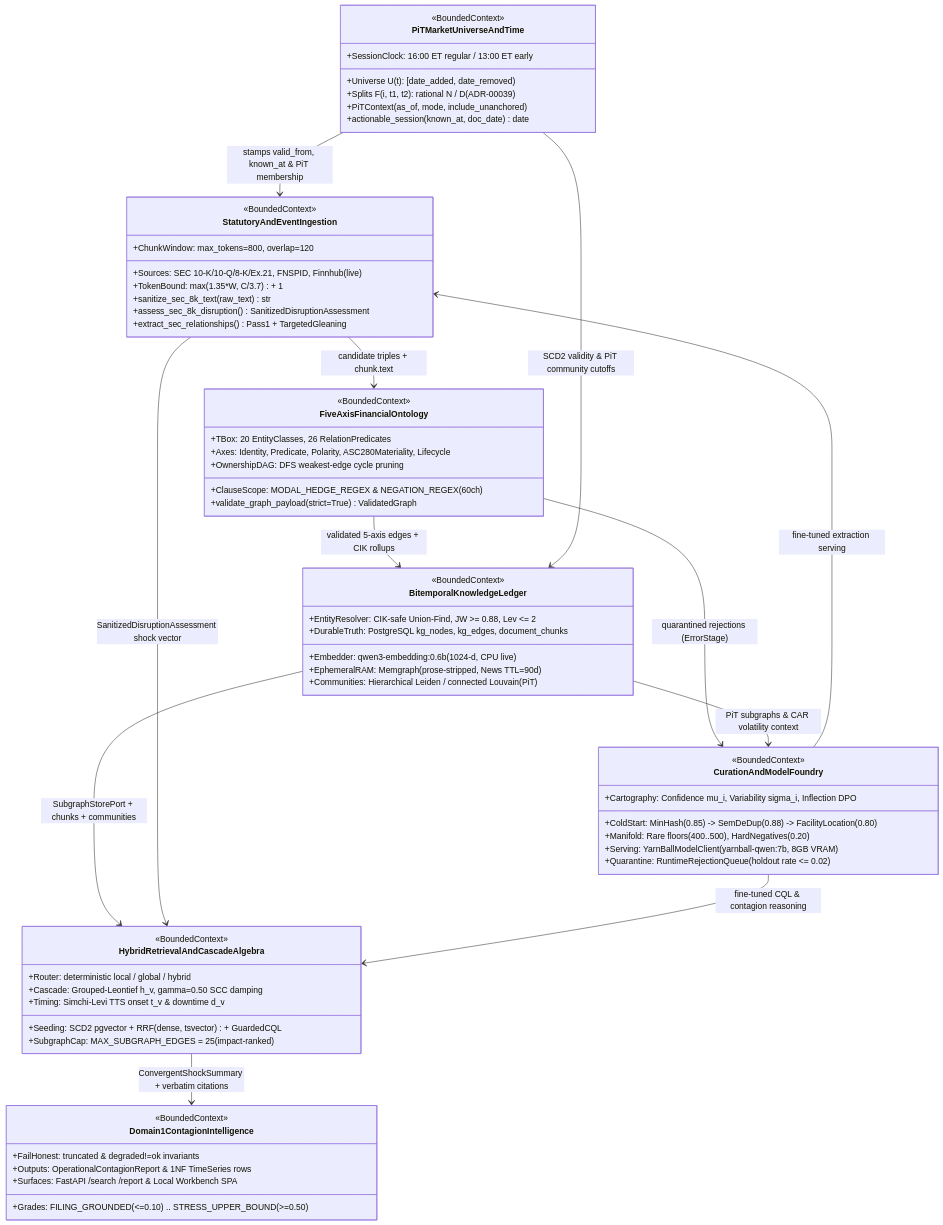
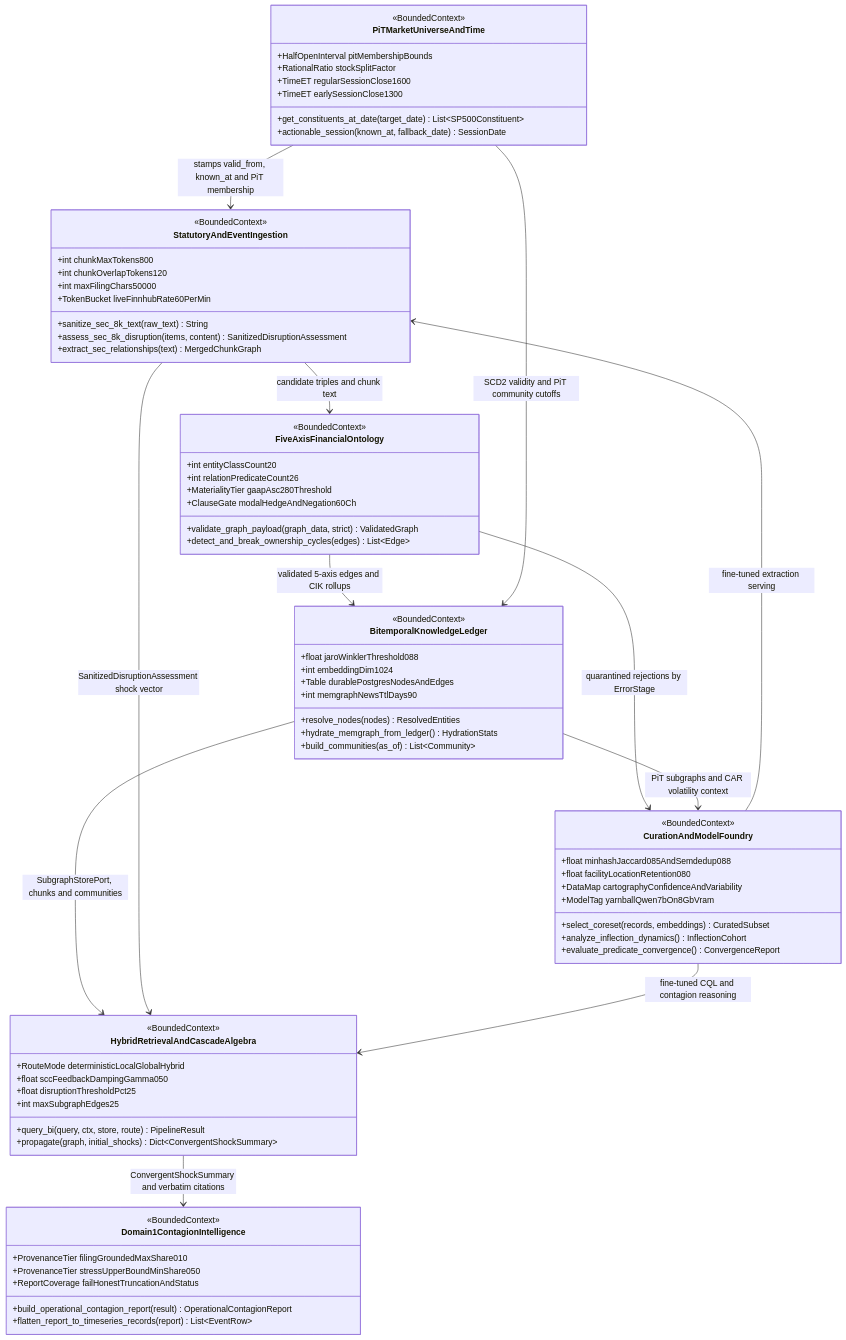
Before and after one commit to CamiloEmiliano/YarnBall: the first of 2 diagrams in docs/technical-report/00-system-atlas.md, drawn with Mermaid. The commit also changed other lines of this file and 6 other files, not shown here.

Commit message:
docs(technical-report): fix Mermaid rendering, Monograph numbering, notation, and Ch.0 layout

````diff
--- a/docs/technical-report/00-system-atlas.md
+++ b/docs/technical-report/00-system-atlas.md
@@ -49,76 +64,85 @@
 
     class PiTMarketUniverseAndTime {
         <<BoundedContext>>
-        +Universe U(t): [date_added, date_removed)
-        +Splits F(i, t1, t2): rational N / D (ADR-00039)
-        +SessionClock: 16:00 ET regular / 13:00 ET early
-        +PiTContext(as_of, mode, include_unanchored)
-        +actionable_session(known_at, doc_date) date
+        +HalfOpenInterval pitMembershipBounds
+        +RationalRatio stockSplitFactor
+        +TimeET regularSessionClose1600
+        +TimeET earlySessionClose1300
+        +get_constituents_at_date(target_date) List~SP500Constituent~
+        +actionable_session(known_at, fallback_date) SessionDate
     }
 
     class StatutoryAndEventIngestion {
         <<BoundedContext>>
-        +Sources: SEC 10-K/10-Q/8-K/Ex.21, FNSPID, Finnhub(live)
-        +ChunkWindow: max_tokens=800, overlap=120
-        +TokenBound: max(1.35*W, C/3.7) + 1
-        +sanitize_sec_8k_text(raw_text) str
-        +assess_sec_8k_disruption() SanitizedDisruptionAssessment
-        +extract_sec_relationships() Pass1 + TargetedGleaning
+        +int chunkMaxTokens800
+        +int chunkOverlapTokens120
+        +int maxFilingChars50000
+        +TokenBucket liveFinnhubRate60PerMin
+        +sanitize_sec_8k_text(raw_text) String
+        +assess_sec_8k_disruption(items, content) SanitizedDisruptionAssessment
+        +extract_sec_relationships(text) MergedChunkGraph
     }
 
     class FiveAxisFinancialOntology {
         <<BoundedContext>>
-        +TBox: 20 EntityClasses, 26 RelationPredicates
-        +Axes: Identity, Predicate, Polarity, ASC280Materiality, Lifecycle
-        +ClauseScope: MODAL_HEDGE_REGEX & NEGATION_REGEX (60ch)
-        +OwnershipDAG: DFS weakest-edge cycle pruning
-        +validate_graph_payload(strict=True) ValidatedGraph
+        +int entityClassCount20
+        +int relationPredicateCount26
+        +MaterialityTier gaapAsc280Threshold
+        +ClauseGate modalHedgeAndNegation60Ch
+        +validate_graph_payload(graph_data, strict) ValidatedGraph
+        +detect_and_break_ownership_cycles(edges) List~Edge~
     }
 
     class BitemporalKnowledgeLedger {
         <<BoundedContext>>
-        +EntityResolver: CIK-safe Union-Find, JW >= 0.88, Lev <= 2
-        +Embedder: qwen3-embedding:0.6b (1024-d, CPU live)
-        +DurableTruth: PostgreSQL kg_nodes, kg_edges, document_chunks
-        +EphemeralRAM: Memgraph (prose-stripped, News TTL=90d)
-        +Communities: Hierarchical Leiden / connected Louvain (PiT)
+        +float jaroWinklerThreshold088
+        +int embeddingDim1024
+        +Table durablePostgresNodesAndEdges
+        +int memgraphNewsTtlDays90
+        +resolve_nodes(nodes) ResolvedEntities
+        +hydrate_memgraph_from_ledger() HydrationStats
+        +build_communities(as_of) List~Community~
     }
 
     class HybridRetrievalAndCascadeAlgebra {
         <<BoundedContext>>
-        +Router: deterministic local / global / hybrid
-        +Seeding: SCD2 pgvector + RRF(dense, tsvector) + GuardedCQL
-        +Cascade: Grouped-Leontief h_v, gamma=0.50 SCC damping
-        +Timing: Simchi-Levi TTS onset t_v & downtime d_v
-        +SubgraphCap: MAX_SUBGRAPH_EDGES = 25 (impact-ranked)
+        +RouteMode deterministicLocalGlobalHybrid
+        +float sccFeedbackDampingGamma050
+        +float disruptionThresholdPct25
+        +int maxSubgraphEdges25
+        +query_bi(query, ctx, store, route) PipelineResult
+        +propagate(graph, initial_shocks) Dict~ConvergentShockSummary~
     }
 
     class Domain1ContagionIntelligence {
         <<BoundedContext>>
-        +Grades: FILING_GROUNDED(<=0.10) .. STRESS_UPPER_BOUND(>=0.50)
-        +FailHonest: truncated & degraded!=ok invariants
-        +Outputs: OperationalContagionReport & 1NF TimeSeries rows
-        +Surfaces: FastAPI /search /report & Local Workbench SPA
+        +ProvenanceTier filingGroundedMaxShare010
+        +ProvenanceTier stressUpperBoundMinShare050
+        +ReportCoverage failHonestTruncationAndStatus
+        +build_operational_contagion_report(result) OperationalContagionReport
+        +flatten_report_to_timeseries_records(report) List~EventRow~
     }
 
     class CurationAndModelFoundry {
         <<BoundedContext>>
-        +ColdStart: MinHash(0.85) -> SemDeDup(0.88) -> FacilityLocation(0.80)
-        +Manifold: Rare floors(400..500), HardNegatives(0.20)
-        +Cartography: Confidence mu_i, Variability sigma_i, Inflection DPO
-        +Serving: YarnBallModelClient (yarnball-qwen:7b, 8GB VRAM)
-        +Quarantine: RuntimeRejectionQueue (holdout rate <= 0.02)
+        +float minhashJaccard085AndSemdedup088
+        +float facilityLocationRetention080
+        +DataMap cartographyConfidenceAndVariability
+        +ModelTag yarnballQwen7bOn8GbVram
+        +select_coreset(records, embeddings) CuratedSubset
+        +analyze_inflection_dynamics() InflectionCohort
+        +evaluate_predicate_convergence() ConvergenceReport
     }
 
-    PiTMarketUniverseAndTime --> StatutoryAndEventIngestion : stamps valid_from, known_at & PiT membership
-    StatutoryAndEventIngestion --> FiveAxisFinancialOntology : candidate triples + chunk.text
-    FiveAxisFinancialOntology --> BitemporalKnowledgeLedger : validated 5-axis edges + CIK rollups
-    PiTMarketUniverseAndTime --> BitemporalKnowledgeLedger : SCD2 validity & PiT community cutoffs
-    BitemporalKnowledgeLedger --> HybridRetrievalAndCascadeAlgebra : SubgraphStorePort + chunks + communities
+    PiTMarketUniverseAndTime --> StatutoryAndEventIngestion : stamps valid_from, known_at and PiT membership
+    StatutoryAndEventIngestion --> FiveAxisFinancialOntology : candidate triples and chunk text
+    FiveAxisFinancialOntology --> BitemporalKnowledgeLedger : validated 5-axis edges and CIK rollups
+    PiTMarketUniverseAndTime --> BitemporalKnowledgeLedger : SCD2 validity and PiT community cutoffs
+    BitemporalKnowledgeLedger --> HybridRetrievalAndCascadeAlgebra : SubgraphStorePort, chunks and communities
     StatutoryAndEventIngestion --> HybridRetrievalAndCascadeAlgebra : SanitizedDisruptionAssessment shock vector
-    HybridRetrievalAndCascadeAlgebra --> Domain1ContagionIntelligence : ConvergentShockSummary + verbatim citations
-    FiveAxisFinancialOntology --> CurationAndModelFoundry : quarantined rejections (ErrorStage)
-    BitemporalKnowledgeLedger --> CurationAndModelFoundry : PiT subgraphs & CAR volatility context
+    HybridRetrievalAndCascadeAlgebra --> Domain1ContagionIntelligence : ConvergentShockSummary and verbatim citations
+    FiveAxisFinancialOntology --> CurationAndModelFoundry : quarantined rejections by ErrorStage
+    BitemporalKnowledgeLedger --> CurationAndModelFoundry : PiT subgraphs and CAR volatility context
     CurationAndModelFoundry --> StatutoryAndEventIngestion : fine-tuned extraction serving
-    CurationAndModelFoundry --> HybridRetrievalAndCascadeAlgebra : fine-tuned CQL & contagion reasoning
+    CurationAndModelFoundry --> HybridRetrievalAndCascadeAlgebra : fine-tuned CQL and contagion reasoning
 ```
````
